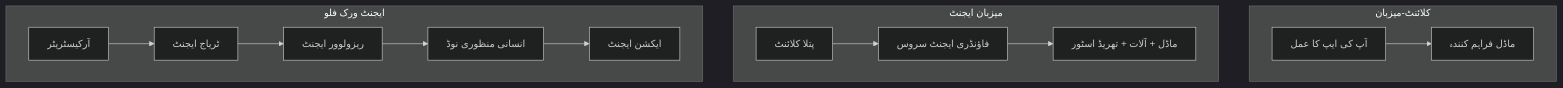
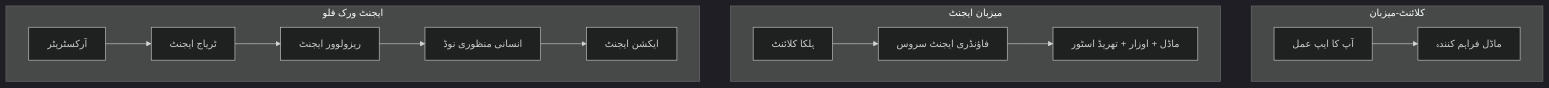
One commit to microsoft/ai-agents-for-beginners changed the first of 4 diagrams in translations/ur/16-deploying-scalable-agents/README.md. Above: the diagram before and after it, drawn with Mermaid (dark theme). The commit also changed other lines of this file and 47 other files, not shown here.

````diff
--- a/translations/ur/16-deploying-scalable-agents/README.md
+++ b/translations/ur/16-deploying-scalable-agents/README.md
@@ -87,16 +87,16 @@
 ```mermaid
 flowchart TB
     subgraph P1[کلائنٹ-میزبان]
-        A1[آپ کی ایپ کا عمل] --> M1[ماڈل فراہم کنندہ]
+        A1[آپ کا ایپ عمل] --> M1[ماڈل فراہم کنندہ]
     end
     subgraph P2[میزبان ایجنٹ]
-        A2[پتلا کلائنٹ] --> F2[فاؤنڈری ایجنٹ سروس]
-        F2 --> M2[ماڈل + آلات + تھریڈ اسٹور]
+        A2[ہلکا کلائنٹ] --> F2[فاؤنڈری ایجنٹ سروس]
+        F2 --> M2[ماڈل + اوزار + تھریڈ اسٹور]
     end
     subgraph P3[ایجنٹ ورک فلو]
-        A3[آرکیسٹریٹر] --> S1[ٹریاج ایجنٹ]
+        A3[آرکسٹریٹر] --> S1[ٹریاج ایجنٹ]
         S1 --> S2[ریزولوور ایجنٹ]
         S2 --> H[انسانی منظوری نوڈ]
         H --> S3[ایکشن ایجنٹ]
     end
 ```
````
